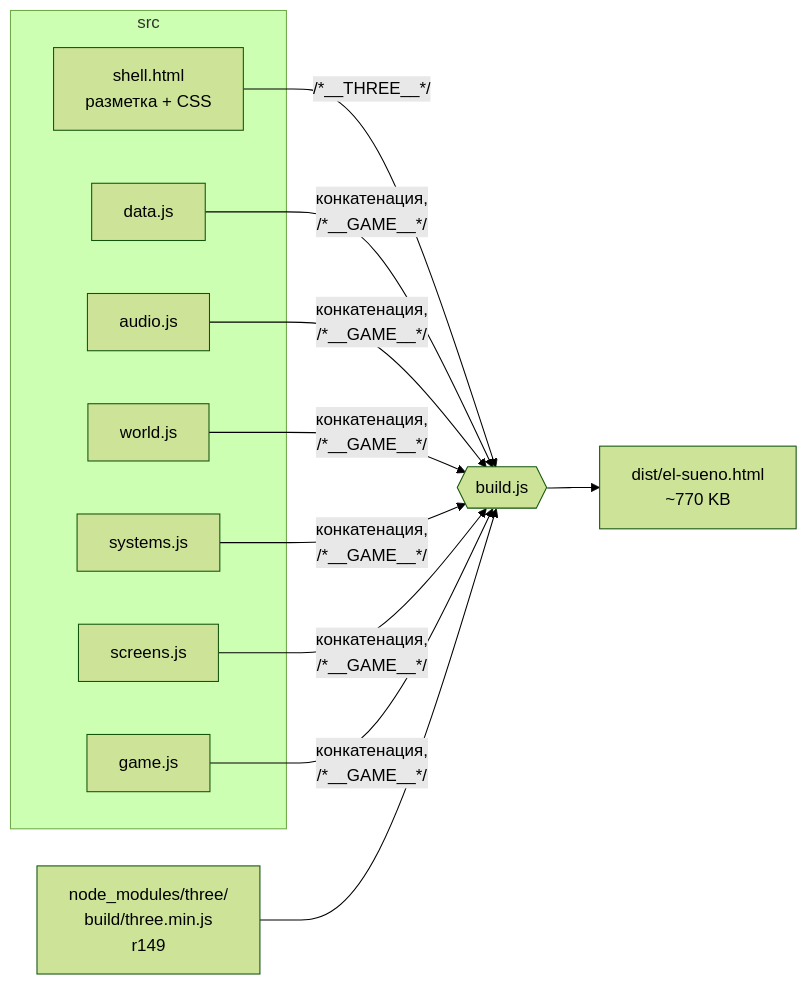
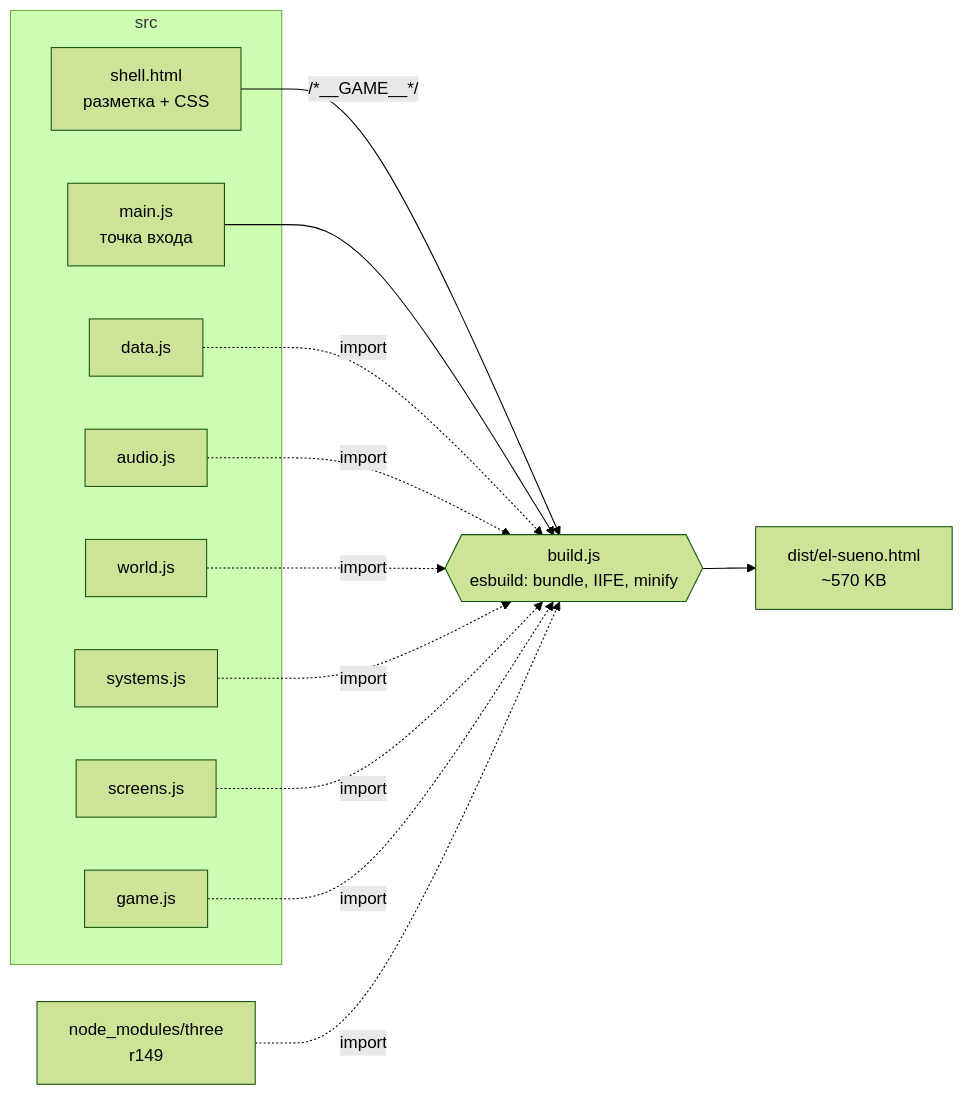
One commit to anrayt/el-sueno-game changed the first of 5 diagrams in docs/ARCHITECTURE.md. Above: the diagram before and after it, drawn with Mermaid (forest theme). The commit also changed other lines of this file and 26 other files, not shown here.

````diff
--- a/docs/ARCHITECTURE.md
+++ b/docs/ARCHITECTURE.md
@@ -7,19 +7,15 @@
 ```mermaid
 flowchart LR
     subgraph src
         shell[shell.html<br/>разметка + CSS]
-        data[data.js]
-        audio[audio.js]
-        world[world.js]
-        systems[systems.js]
-        screens[screens.js]
-        game[game.js]
+        main[main.js<br/>точка входа]
+        data[data.js] & audio[audio.js] & world[world.js] & systems[systems.js] & screens[screens.js] & game[game.js]
     end
-    three[node_modules/three/<br/>build/three.min.js<br/>r149]
-    build{{build.js}}
-    out[dist/el-sueno.html<br/>~770 KB]
-    shell -->|/*__THREE__*/| build
-    three --> build
-    data & audio & world & systems & screens & game -->|"конкатенация,<br/>/*__GAME__*/"| build
-    build --> out
+    three[node_modules/three<br/>r149]
+    esb{{build.js<br/>esbuild: bundle, IIFE, minify}}
+    out[dist/el-sueno.html<br/>~570 KB]
+    main --> esb
+    data & audio & world & systems & screens & game & three -.->|import| esb
+    shell -->|/*__GAME__*/| esb
+    esb --> out
 ```
````
